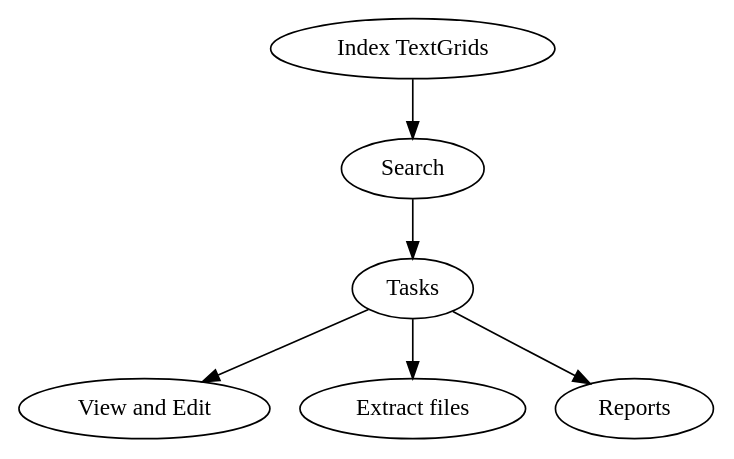
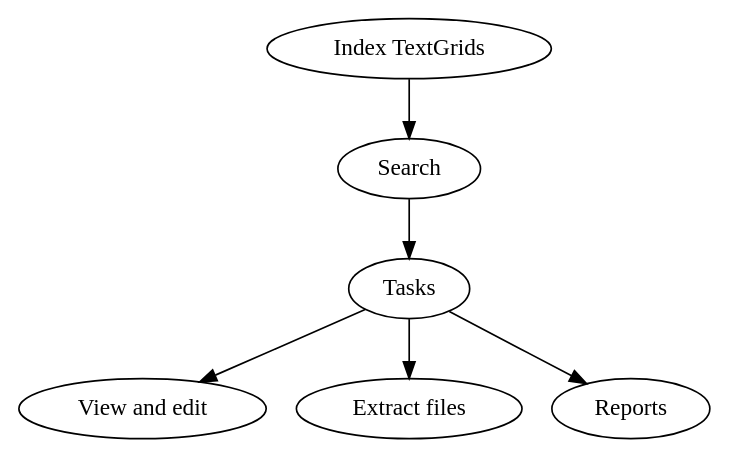
Before and after one commit to rolandomunoz/praat_plugin-finder: the diagram in docs/source/index.rst, drawn with Graphviz. The commit also changed other lines of this file and 5 other files, not shown here.

```diff
--- a/docs/source/index.rst
+++ b/docs/source/index.rst
@@ -12,9 +12,9 @@
 .. graphviz::
 
    digraph Flatland {
 
       "Index TextGrids" -> Search -> Tasks;
-      Tasks -> "View and Edit";
+      Tasks -> "View and edit";
       Tasks -> "Extract files";
       Tasks -> "Reports";
       }
```
